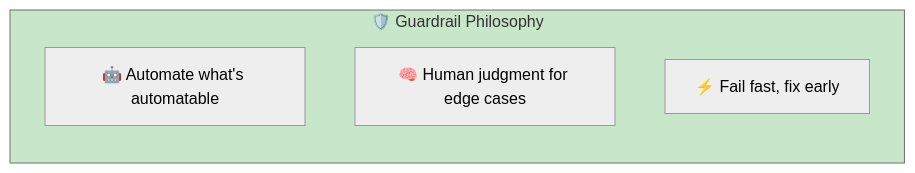
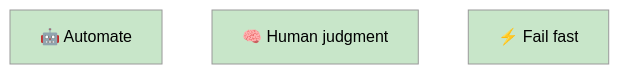
The first of 7 diagrams in website/content/papers/ai-dlc-2026/runbooks/adoption/quality-guardrails.md (TheBushidoCollective/han), drawn with Mermaid (neutral theme) before and after one commit. The commit also changed other lines of this file and 21 other files, not shown here.

First line of the commit message:
fix(website): convert all AI-DLC runbook Mermaid diagrams to TB layout

````diff
--- a/website/content/papers/ai-dlc-2026/runbooks/adoption/quality-guardrails.md
+++ b/website/content/papers/ai-dlc-2026/runbooks/adoption/quality-guardrails.md
@@ -9,11 +9,10 @@
 ```mermaid
-flowchart LR
-    subgraph Philosophy["🛡️ Guardrail Philosophy"]
-        direction TB
-        P1[🤖 Automate what's automatable]
-        P2[🧠 Human judgment for edge cases]
-        P3[⚡ Fail fast, fix early]
-    end
+flowchart TB
+    P1[🤖 Automate]
+    P2[🧠 Human judgment]
+    P3[⚡ Fail fast]
 
-    style Philosophy fill:#c8e6c9
+    style P1 fill:#c8e6c9
+    style P2 fill:#c8e6c9
+    style P3 fill:#c8e6c9
 ```
````
